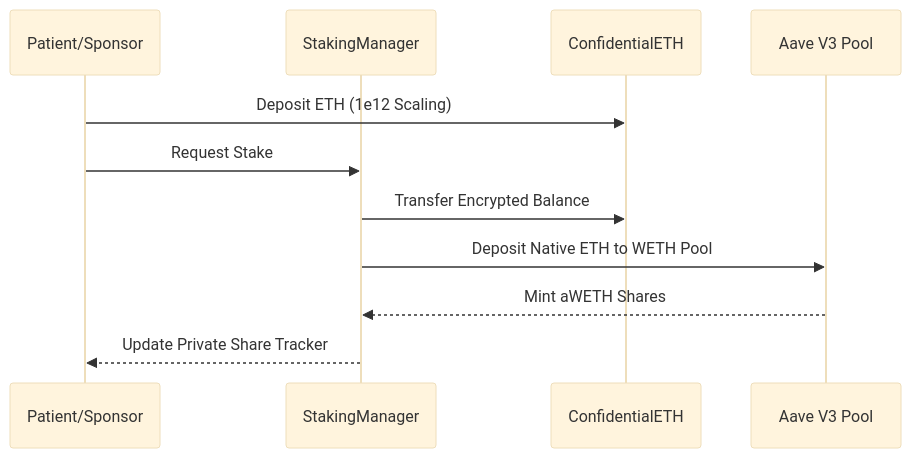
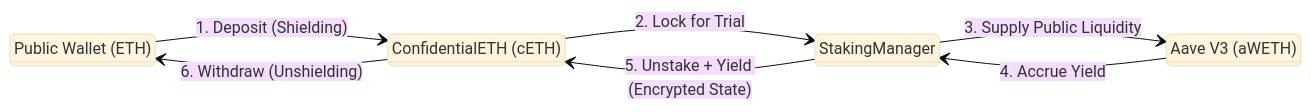
The fourth of 6 diagrams in README.md (shery8595/Medical), drawn with Mermaid (base theme) before and after one commit. The commit also changed other lines of this file, not shown here.

Commit message:
docs: upgrade README with comprehensive technical diagrams and architecture details

````diff
--- a/README.md
+++ b/README.md
@@ -85,13 +120,18 @@
 ```mermaid
-sequenceDiagram
-    participant User as Patient/Sponsor
-    participant SM as StakingManager
-    participant CETH as ConfidentialETH
-    participant Aave as Aave V3 Pool
-    User->>CETH: Deposit ETH (1e12 Scaling)
-    User->>SM: Request Stake
-    SM->>CETH: Transfer Encrypted Balance
-    SM->>Aave: Deposit Native ETH to WETH Pool
-    Aave-->>SM: Mint aWETH Shares
-    SM-->>User: Update Private Share Tracker
+stateDiagram-v2
+    direction LR
+    classDef secret fill:#4c1d95,stroke:#8b5cf6,color:white;
+    classDef public fill:#1e3a8a,stroke:#3b82f6,color:white;
+    
+    state "Public Wallet (ETH)" as Wallet ::: public
+    state "ConfidentialETH (cETH)" as CETH ::: secret
+    state "StakingManager" as SM ::: secret
+    state "Aave V3 (aWETH)" as Aave ::: public
+    
+    Wallet --> CETH: 1. Deposit (Shielding)
+    CETH --> SM: 2. Lock for Trial
+    SM --> Aave: 3. Supply Public Liquidity
+    Aave --> SM: 4. Accrue Yield
+    SM --> CETH: 5. Unstake + Yield (Encrypted State)
+    CETH --> Wallet: 6. Withdraw (Unshielding)
 ```
````
